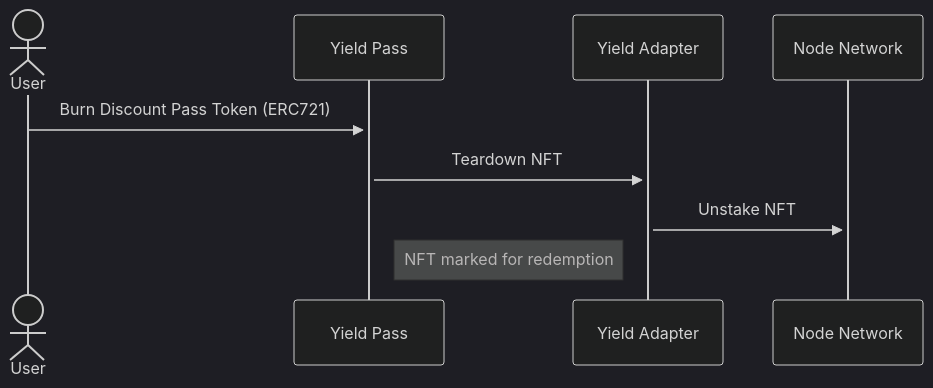
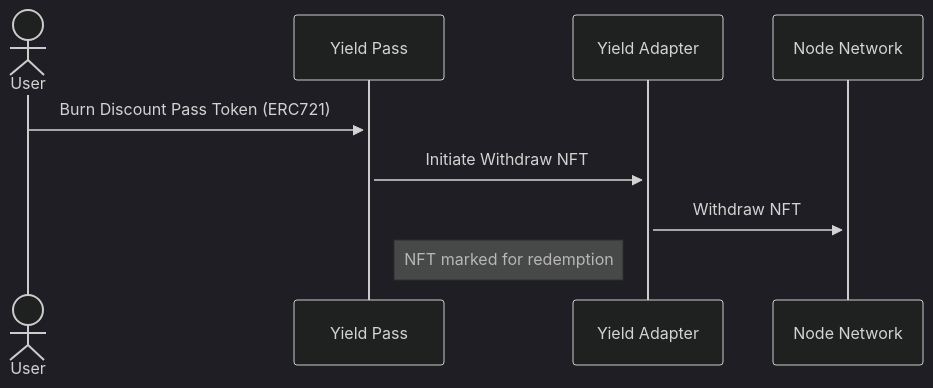
Before and after one commit to metastreet-labs/metastreet-yield-pass: the fourth of 5 diagrams in docs/DESIGN.md, drawn with Mermaid (dark theme). The commit also changed other lines of this file and 14 other files, not shown here.

````diff
--- a/docs/DESIGN.md
+++ b/docs/DESIGN.md
@@ -124,8 +123,8 @@
 ```mermaid
 sequenceDiagram
     actor User
     User->>+Yield Pass: Burn Discount Pass Token (ERC721)
-    Yield Pass->>+Yield Adapter: Teardown NFT
-    Yield Adapter->>+Node Network: Unstake NFT
+    Yield Pass->>+Yield Adapter: Initiate Withdraw NFT
+    Yield Adapter->>+Node Network: Withdraw NFT
     Note right of Yield Pass: NFT marked for redemption
 ```
````
